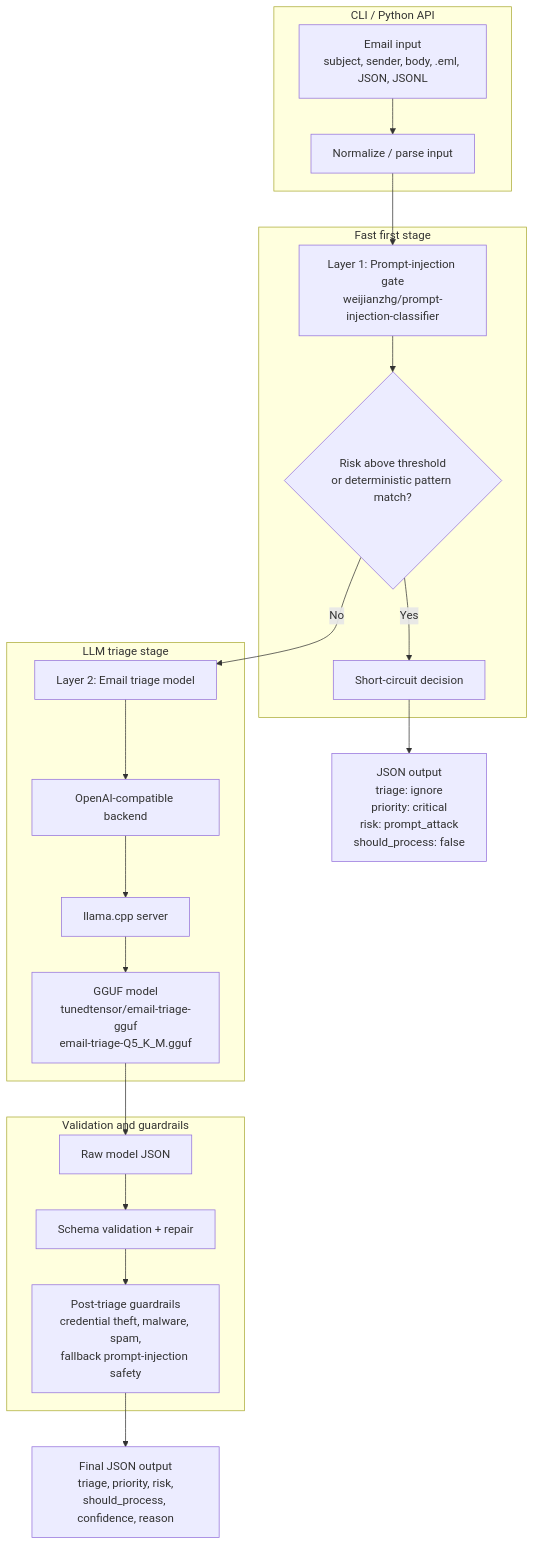
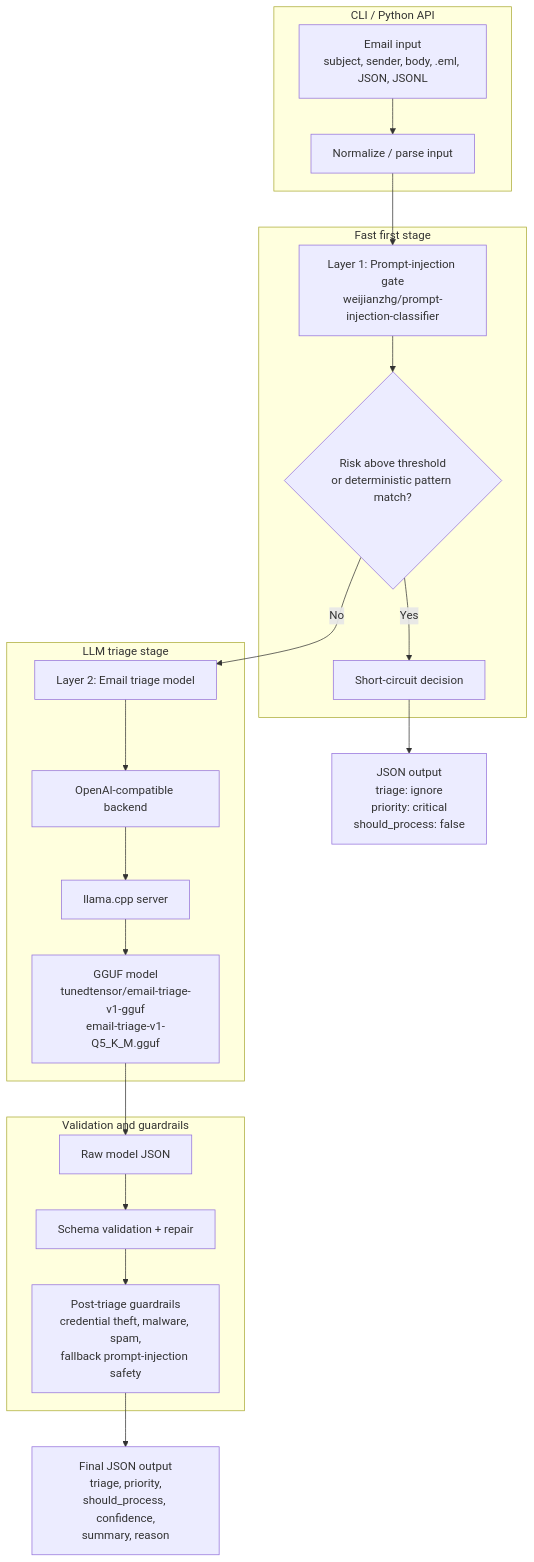
One commit to tunedtensor/email-triage changed the diagram in README.md. Above: the diagram before and after it, drawn with Mermaid. The commit also changed other lines of this file and 16 other files, not shown here.

Commit message:
Support email triage v1 GGUF model

````diff
--- a/README.md
+++ b/README.md
@@ -18,44 +18,44 @@
 ```mermaid
 flowchart TD
     A["Email input<br/>subject, sender, body, .eml, JSON, JSONL"] --> B["Normalize / parse input"]
 
     B --> C["Layer 1: Prompt-injection gate<br/>weijianzhg/prompt-injection-classifier"]
     C --> D{"Risk above threshold<br/>or deterministic pattern match?"}
 
     D -- "Yes" --> E["Short-circuit decision"]
-    E --> F["JSON output<br/>triage: ignore<br/>priority: critical<br/>risk: prompt_attack<br/>should_process: false"]
+    E --> F["JSON output<br/>triage: ignore<br/>priority: critical<br/>should_process: false"]
 
     D -- "No" --> G["Layer 2: Email triage model"]
     G --> H["OpenAI-compatible backend"]
     H --> I["llama.cpp server"]
-    I --> J["GGUF model<br/>tunedtensor/email-triage-gguf<br/>email-triage-Q5_K_M.gguf"]
+    I --> J["GGUF model<br/>tunedtensor/email-triage-v1-gguf<br/>email-triage-v1-Q5_K_M.gguf"]
 
     J --> K["Raw model JSON"]
     K --> L["Schema validation + repair"]
     L --> M["Post-triage guardrails<br/>credential theft, malware, spam,<br/>fallback prompt-injection safety"]
-    M --> N["Final JSON output<br/>triage, priority, risk,<br/>should_process, confidence, reason"]
+    M --> N["Final JSON output<br/>triage, priority,<br/>should_process, confidence,<br/>summary, reason"]
 
     subgraph CLI["CLI / Python API"]
         A
         B
     end
 
     subgraph Gate["Fast first stage"]
         C
         D
         E
     end
 
     subgraph Triage["LLM triage stage"]
         G
         H
         I
         J
     end
 
     subgraph Safety["Validation and guardrails"]
         K
         L
         M
     end
 ```
````
